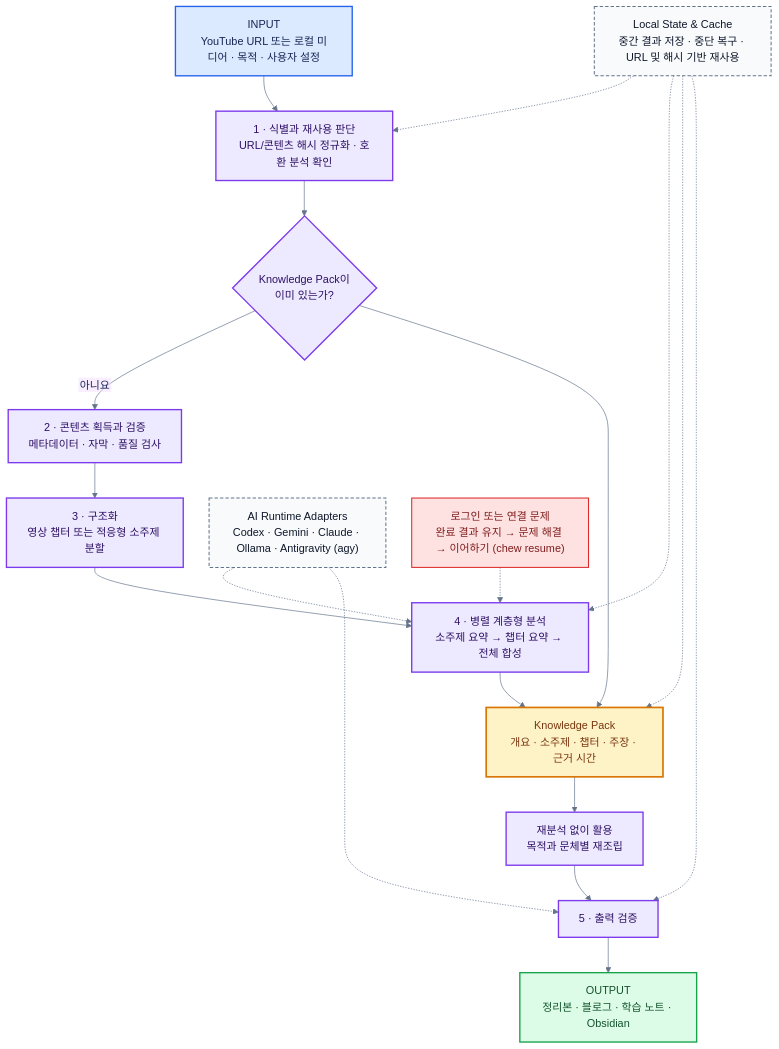
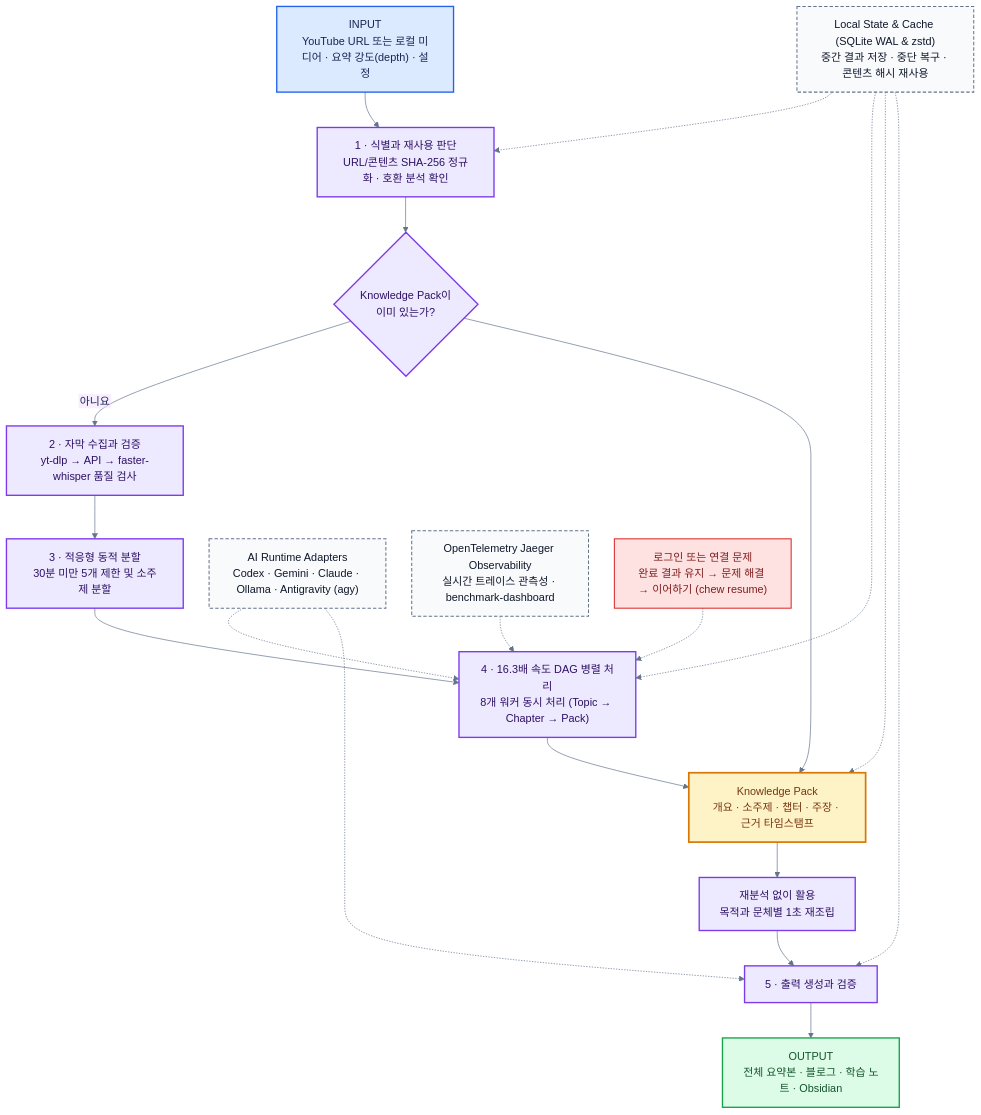
One commit to SHcommit/youtube-summerizer-kit changed the diagram in assets/architecture/ko/internal-pipeline.mmd. Above: the diagram before and after it, drawn with Mermaid. The commit also changed 7 other files, not shown here.

Commit message:
feat(assets): upgrade en and ko user-flow and internal-pipeline Mermaid diagrams (.mmd) and re-render high-res PNG images

```diff
--- a/assets/architecture/ko/internal-pipeline.mmd
+++ b/assets/architecture/ko/internal-pipeline.mmd
@@ -1,39 +1,41 @@
 %%{init: {"theme":"base","themeVariables":{"fontFamily":"Arial, Apple SD Gothic Neo, Noto Sans KR, sans-serif","primaryTextColor":"#172554","lineColor":"#64748b","clusterBkg":"#ffffff","clusterBorder":"#cbd5e1"},"flowchart":{"curve":"basis","nodeSpacing":38,"rankSpacing":52,"htmlLabels":false}}}%%
 flowchart TB
-    INPUT["INPUT<br/>YouTube URL 또는 로컬 미디어 · 목적 · 사용자 설정"]
-    IDENTITY["1 · 식별과 재사용 판단<br/>URL/콘텐츠 해시 정규화 · 호환 분석 확인"]
+    INPUT["INPUT<br/>YouTube URL 또는 로컬 미디어 · 요약 강도(depth) · 설정"]
+    IDENTITY["1 · 식별과 재사용 판단<br/>URL/콘텐츠 SHA-256 정규화 · 호환 분석 확인"]
     INPUT --> IDENTITY
     IDENTITY --> CACHE{"Knowledge Pack이<br/>이미 있는가?"}
 
-    CACHE -->|아니요| ACQUIRE["2 · 콘텐츠 획득과 검증<br/>메타데이터 · 자막 · 품질 검사"]
-    ACQUIRE --> SEGMENT["3 · 구조화<br/>영상 챕터 또는 적응형 소주제 분할"]
-    SEGMENT --> SYNTHESIS["4 · 병렬 계층형 분석<br/>소주제 요약 → 챕터 요약 → 전체 합성"]
-    SYNTHESIS --> PACK["Knowledge Pack<br/>개요 · 소주제 · 챕터 · 주장 · 근거 시간"]
+    CACHE -->|아니요| ACQUIRE["2 · 자막 수집과 검증<br/>yt-dlp → API → faster-whisper 품질 검사"]
+    ACQUIRE --> SEGMENT["3 · 적응형 동적 분할<br/>30분 미만 5개 제한 및 소주제 분할"]
+    SEGMENT --> SYNTHESIS["4 · 16.3배 속도 DAG 병렬 처리<br/>8개 워커 동시 처리 (Topic → Chapter → Pack)"]
+    SYNTHESIS --> PACK["Knowledge Pack<br/>개요 · 소주제 · 챕터 · 주장 · 근거 타임스탬프"]
     CACHE --> PACK
 
-    PACK --> REUSE["재분석 없이 활용<br/>목적과 문체별 재조립"]
-    REUSE --> ASSEMBLY["5 · 출력 검증"]
-    ASSEMBLY --> OUTPUT["OUTPUT<br/>정리본 · 블로그 · 학습 노트 · Obsidian"]
+    PACK --> REUSE["재분석 없이 활용<br/>목적과 문체별 1초 재조립"]
+    REUSE --> ASSEMBLY["5 · 출력 생성과 검증"]
+    ASSEMBLY --> OUTPUT["OUTPUT<br/>전체 요약본 · 블로그 · 학습 노트 · Obsidian"]
 
     RUNTIMES["AI Runtime Adapters<br/>Codex · Gemini · Claude · Ollama · Antigravity (agy)"] -.-> SYNTHESIS
     RUNTIMES -.-> ASSEMBLY
 
-    LOCAL["Local State & Cache<br/>중간 결과 저장 · 중단 복구 · URL 및 해시 기반 재사용"] -.-> IDENTITY
+    LOCAL["Local State & Cache (SQLite WAL & zstd)<br/>중간 결과 저장 · 중단 복구 · 콘텐츠 해시 재사용"] -.-> IDENTITY
     LOCAL -.-> SYNTHESIS
     LOCAL -.-> PACK
     LOCAL -.-> ASSEMBLY
+
+    TELEMETRY["OpenTelemetry Jaeger Observability<br/>실시간 트레이스 관측성 · benchmark-dashboard"] -.-> SYNTHESIS
 
     RECOVERY["로그인 또는 연결 문제<br/>완료 결과 유지 → 문제 해결 → 이어하기 (chew resume)"] -.-> SYNTHESIS
 
     classDef input fill:#dbeafe,stroke:#2563eb,stroke-width:2px,color:#172554;
     classDef process fill:#ede9fe,stroke:#7c3aed,stroke-width:2px,color:#2e1065;
     classDef knowledge fill:#fef3c7,stroke:#d97706,stroke-width:2.5px,color:#78350f;
     classDef output fill:#dcfce7,stroke:#16a34a,stroke-width:2px,color:#14532d;
     classDef support fill:#f8fafc,stroke:#64748b,stroke-width:1.5px,stroke-dasharray:5 3,color:#0f172a;
     classDef recovery fill:#fee2e2,stroke:#dc2626,stroke-width:1.5px,color:#7f1d1d;
     class INPUT input;
     class IDENTITY,CACHE,ACQUIRE,SEGMENT,SYNTHESIS,REUSE,ASSEMBLY process;
     class PACK knowledge;
     class OUTPUT output;
-    class RUNTIMES,LOCAL support;
+    class RUNTIMES,LOCAL,TELEMETRY support;
     class RECOVERY recovery;
```
